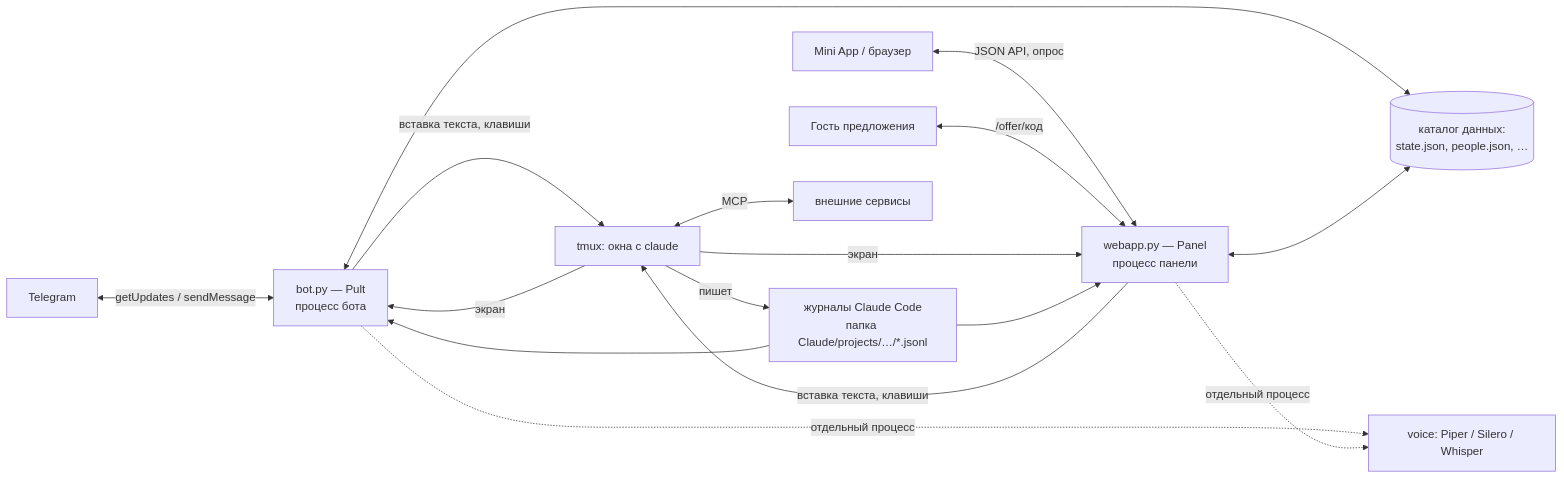
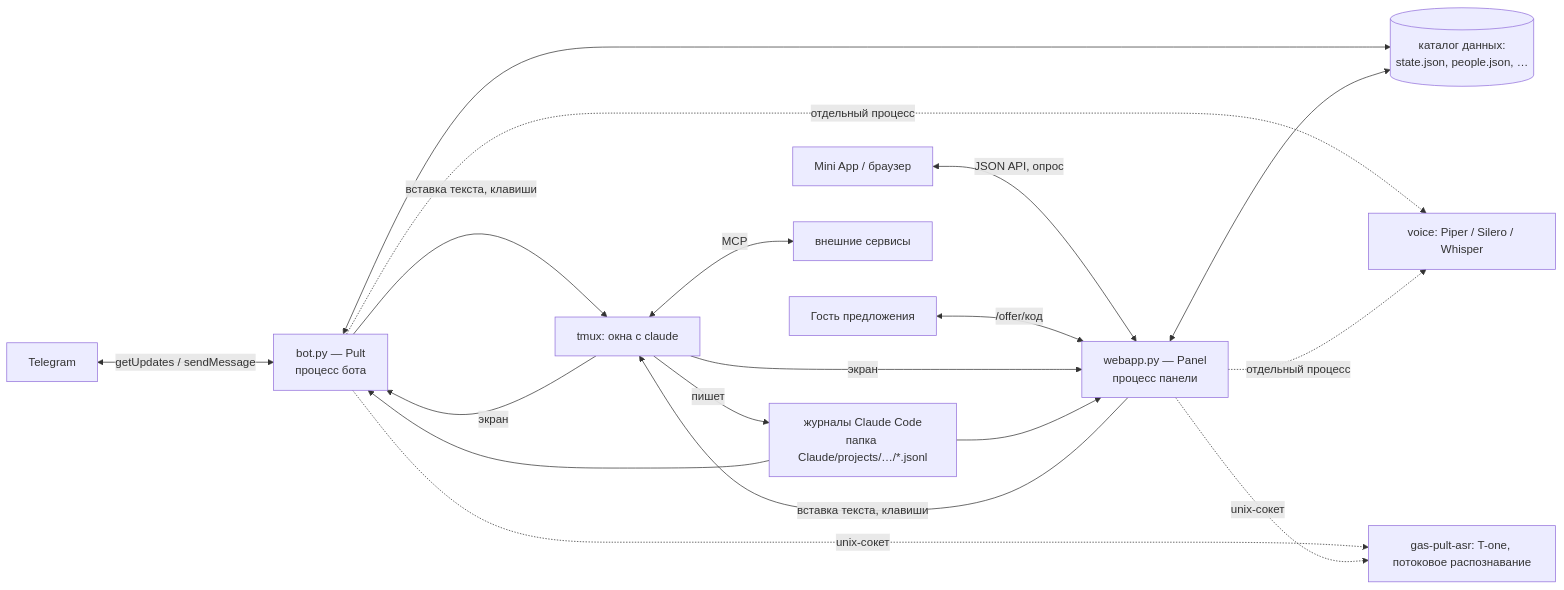
Before and after one commit to gvriil/gas-pult: the diagram in docs/ARCHITECTURE.md, drawn with Mermaid. The commit also changed other lines of this file and 21 other files, not shown here.

````diff
--- a/docs/ARCHITECTURE.md
+++ b/docs/ARCHITECTURE.md
@@ -7,18 +7,20 @@
 ```mermaid
 flowchart LR
   T[Telegram] <-- getUpdates / sendMessage --> B[bot.py — Pult<br/>процесс бота]
   W[Mini App / браузер] <-- JSON API, опрос --> P[webapp.py — Panel<br/>процесс панели]
   G[Гость предложения] <-- /offer/код --> P
   B -- вставка текста, клавиши --> X[tmux: окна с claude]
   P -- вставка текста, клавиши --> X
   X -- экран --> B
   X -- экран --> P
   X -- пишет --> J[журналы Claude Code<br/>папка Claude/projects/…/*.jsonl]
   J --> B
   J --> P
   B <--> D[(каталог данных:<br/>state.json, people.json, …)]
   P <--> D
   X <-- MCP --> S[внешние сервисы]
   B -. отдельный процесс .-> V[voice: Piper / Silero / Whisper]
   P -. отдельный процесс .-> V
+  B -. unix-сокет .-> R[gas-pult-asr: T-one, потоковое распознавание]
+  P -. unix-сокет .-> R
 ```
````
